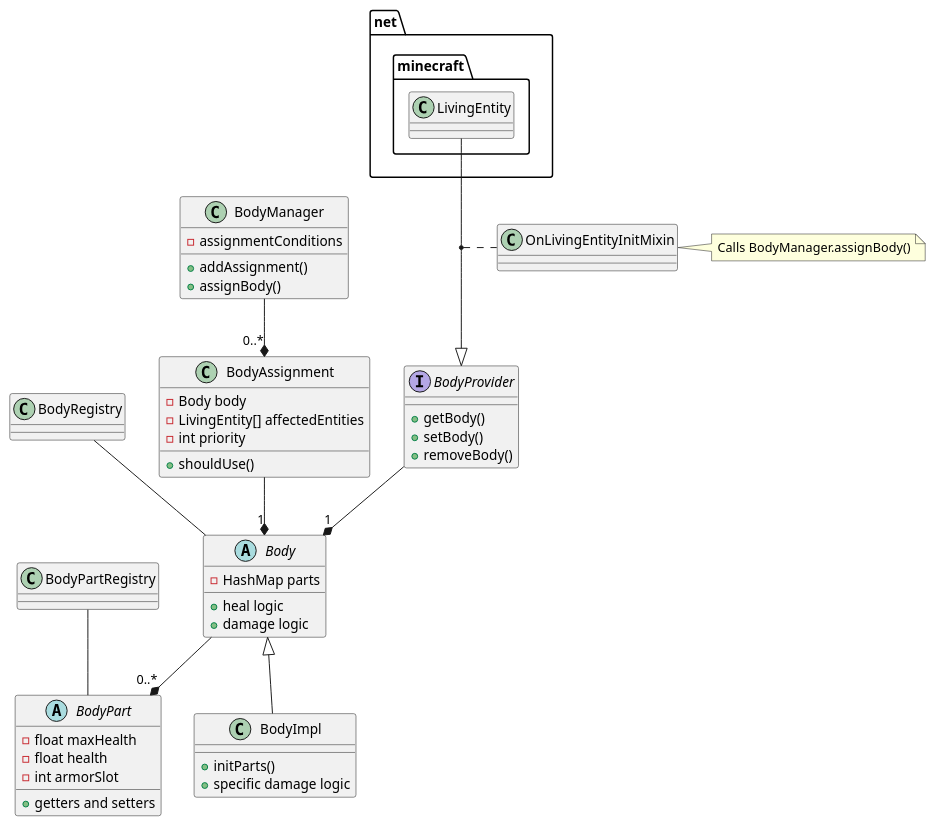
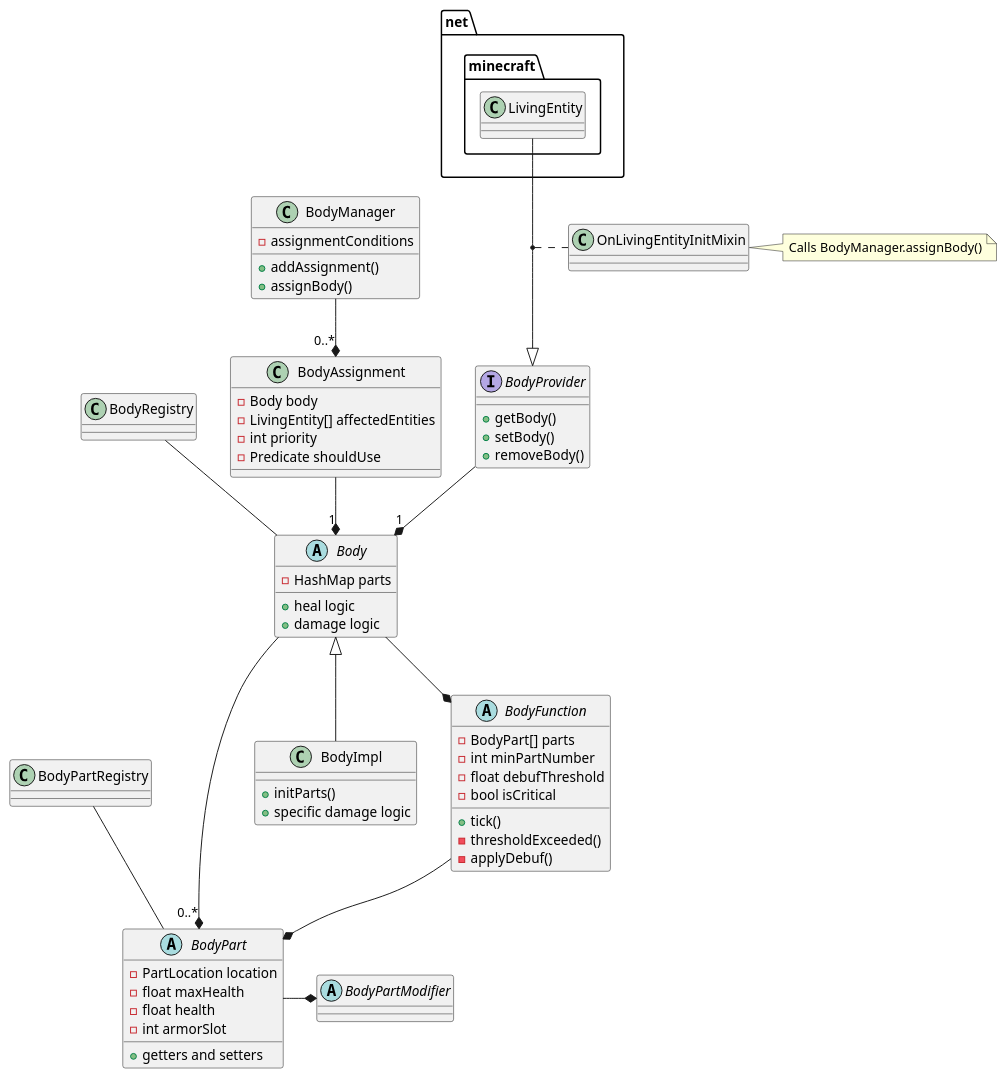
One commit to SrGnis/Body-Health-System changed the diagram in docs/uml/dev.puml. Above: the diagram before and after it, drawn with PlantUML. The commit also changed 1 other file, not shown here.

```diff
--- a/docs/uml/dev.puml
+++ b/docs/uml/dev.puml
@@ -1,58 +1,73 @@
 @startuml
 'https://plantuml.com/class-diagram
 package net.minecraft{
     class LivingEntity
 }
 
 abstract class Body{
     - HashMap parts
     + {method} heal logic
     + {method} damage logic
 }
 class BodyRegistry{
 }
 abstract class BodyPart{
+    - PartLocation location
     - float maxHealth
     - float health
     - int armorSlot
     + {method}getters and setters
+}
+abstract class BodyPartModifier{
+
 }
 class BodyPartRegistry{
 }
 class BodyImpl extends Body{
     + initParts()
     + {method} specific damage logic
 }
 
 class OnLivingEntityInitMixin
 note right: Calls BodyManager.assignBody()
 class BodyManager{
     - assignmentConditions
     + addAssignment()
     + assignBody()
 }
 class BodyAssignment{
     - Body body
     - LivingEntity[] affectedEntities
     - int priority
-    + shouldUse()
+    - Predicate shouldUse
 }
-
 interface BodyProvider{
     + getBody()
     + setBody()
     + removeBody()
+}
+abstract class BodyFunction{
+    - BodyPart[] parts
+    - int minPartNumber
+    - float debufThreshold
+    - bool isCritical
+    + tick()
+    - thresholdExceeded()
+    - applyDebuf()
 }
 
 '-------------------------------------------------------------------------'
 
 BodyManager --* "0..*" BodyAssignment
 BodyAssignment --* "1" Body
 
 Body --* "0..*" BodyPart
 BodyProvider --* "1" Body
 LivingEntity --|> BodyProvider
 (BodyProvider, LivingEntity) ..  OnLivingEntityInitMixin
 BodyRegistry -- Body
 BodyPartRegistry -- BodyPart
+Body --* BodyFunction
+BodyFunction --* BodyPart
+BodyPart -* BodyPartModifier
 @enduml
```
